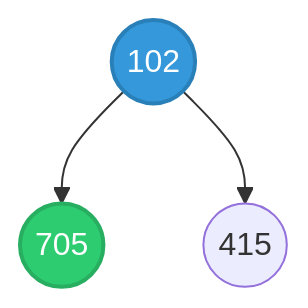
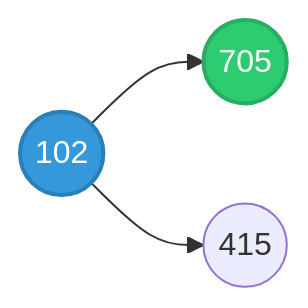
The diagram in graphs.md (HououinOlaf/mineria-de-datos), drawn with Mermaid before and after one commit.

Commit message:
Change flow direction in Mermaid diagram

````diff
--- a/graphs.md
+++ b/graphs.md
@@ -2,8 +2,8 @@
 ```mermaid
-flowchart TD
+flowchart LR
     102((102))-->705((705))
     102((102))-->415((415))
 
     style 102 fill:#3498db,stroke:#2980b9,stroke-width:2px,color:#fff
     style 705 fill:#2ecc71,stroke:#27ae60,stroke-width:2px,color:#fff
 ```
````
